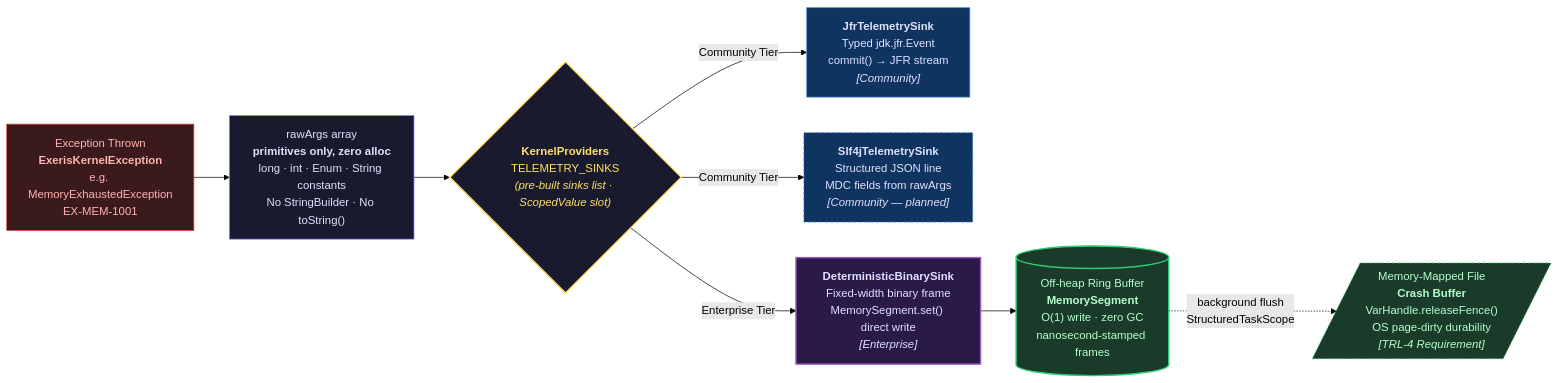
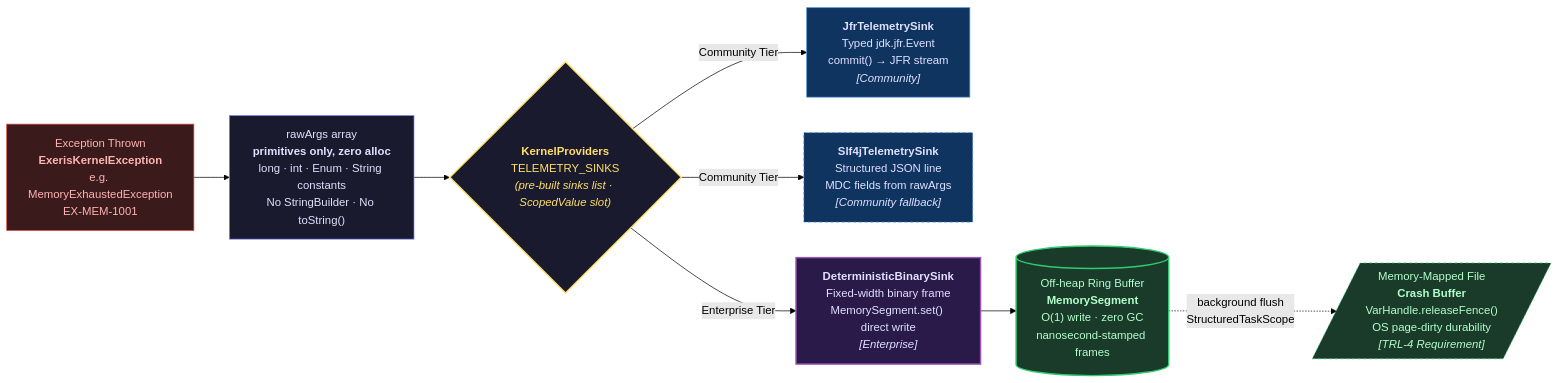
One commit to exeris-systems/exeris-kernel changed the diagram in docs/subsystems/telemetry.md. Above: the diagram before and after it, drawn with Mermaid (forest theme). The commit also changed other lines of this file and 5 other files, not shown here.

````diff
--- a/docs/subsystems/telemetry.md
+++ b/docs/subsystems/telemetry.md
@@ -185,35 +185,35 @@
 ```mermaid
 flowchart LR
     A["Exception Thrown\n<b>ExerisKernelException</b>\ne.g. MemoryExhaustedException\nEX-MEM-1001"]
 
     B["rawArgs array\n<b>primitives only, zero alloc</b>\nlong · int · Enum · String constants\nNo StringBuilder · No toString()"]
 
     C{"<b>KernelProviders</b>\nTELEMETRY_SINKS\n<i>(pre-built sinks list · ScopedValue slot)</i>"}
 
     D["<b>JfrTelemetrySink</b>\nTyped jdk.jfr.Event\ncommit() → JFR stream\n<i>[Community]</i>"]
 
-    E["<b>Slf4jTelemetrySink</b>\nStructured JSON line\nMDC fields from rawArgs\n<i>[Community — planned]</i>"]
+    E["<b>Slf4jTelemetrySink</b>\nStructured JSON line\nMDC fields from rawArgs\n<i>[Community fallback]</i>"]
 
     F["<b>DeterministicBinarySink</b>\nFixed-width binary frame\nMemorySegment.set() direct write\n<i>[Enterprise]</i>"]
 
     G[("Off-heap Ring Buffer\n<b>MemorySegment</b>\nO(1) write · zero GC\nnanosecond-stamped frames")]
 
     H[/"Memory-Mapped File\n<b>Crash Buffer</b>\nVarHandle.releaseFence()\nOS page-dirty durability\n<i>[TRL-4 Requirement]</i>"/]
 
     A --> B --> C
 
     C -->|"Community Tier"| D & E
     C -->|"Enterprise Tier"| F
 
     F --> G
     G -.->|"background flush\nStructuredTaskScope"| H
 
     style A fill:#3a1a1a,color:#ffb3b3,stroke:#e74c3c
     style B fill:#1a1a2e,color:#e0e0ff,stroke:#7c7cff
     style C fill:#1a1a2e,color:#ffe066,stroke:#ffe066,stroke-width:2px
     style D fill:#0f3460,color:#e0e0ff,stroke:#4a90d9
     style E fill:#0f3460,color:#e0e0ff,stroke:#4a90d9,stroke-dasharray: 4 4
     style F fill:#2a1a4a,color:#e0e0ff,stroke:#9b59b6,stroke-width:2px
     style G fill:#1a3a2a,color:#b3ffcc,stroke:#2ecc71,stroke-width:2px
     style H fill:#1a3a2a,color:#b3ffcc,stroke:#2ecc71,stroke-dasharray: 4 4
 ```
````
